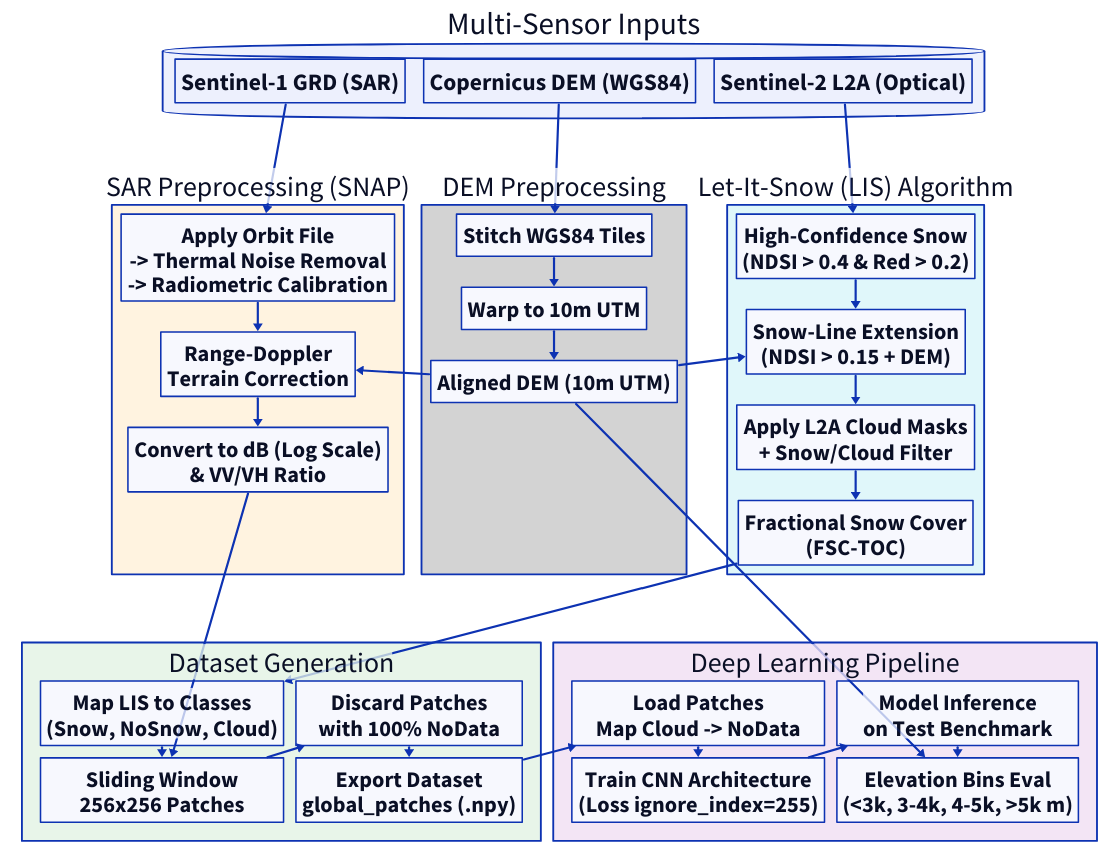
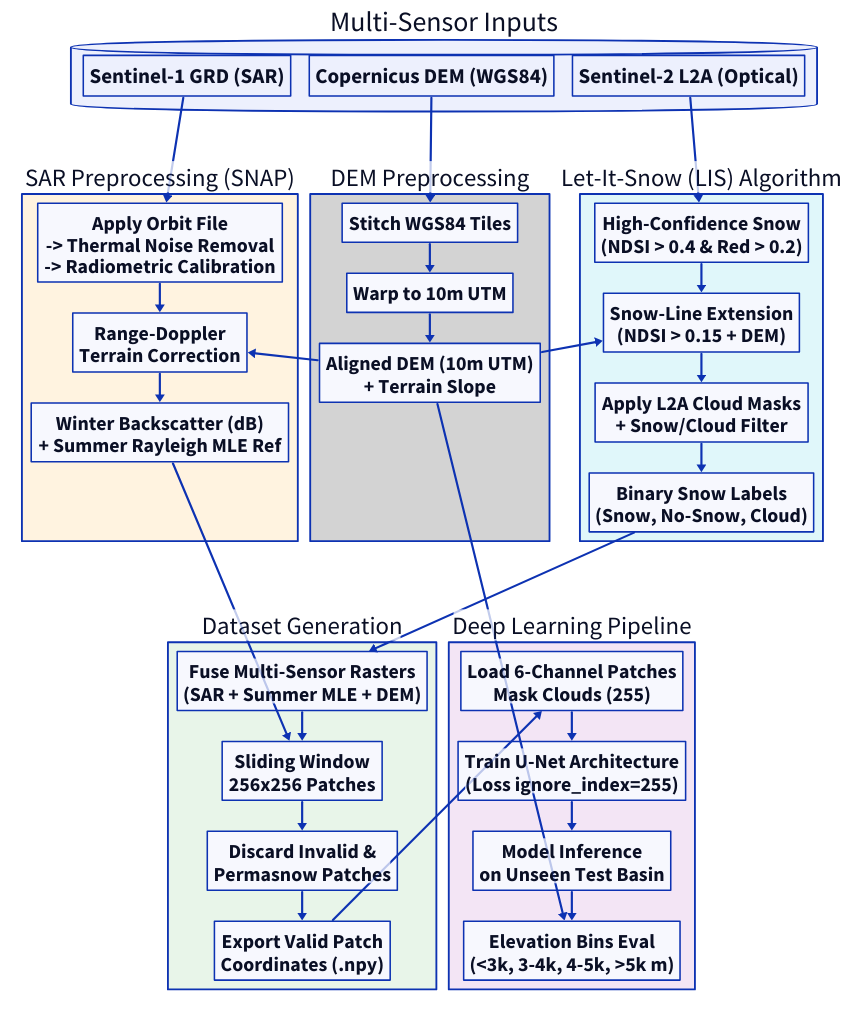
The diagram in poster/figures/Pipeline.d2 (tensor-calculus/Snow-Cover-Estimation), drawn with D2 before and after one commit. The commit also changed 25 other files, not shown here.

```diff
--- a/poster/figures/Pipeline.d2
+++ b/poster/figures/Pipeline.d2
@@ -1,117 +1,115 @@
 direction: down
 
 classes: {
   conn: {
     style.stroke-width: 7
   }
 }
 
 Inputs: "Multi-Sensor Inputs" {
   shape: cylinder
   style.fill: "#edf0fd"
   style.stroke: "#0d32b2"
   style.stroke-width: 6
-  style.font-size: 100
-  *.style.font-size: 76
+  style.font-size: 90
+  *.style.font-size: 68
   *.style.stroke-width: 5
   S1: "Sentinel-1 GRD (SAR)"
   DEM_Raw: "Copernicus DEM (WGS84)"
   S2: "Sentinel-2 L2A (Optical)"
 }
 
 Preprocessing: {
   label: ""
   grid-columns: 3
   style.stroke: transparent
   style.fill: transparent
 
   SAR_Preprocessing_SNAP: "SAR Preprocessing (SNAP)" {
     style.fill: "#fff3e0"
     style.stroke: "#0d32b2"
     style.stroke-width: 6
-    style.font-size: 90
-    *.style.font-size: 72
+    style.font-size: 80
+    *.style.font-size: 64
     *.style.stroke-width: 5
     Pre_Process: "Apply Orbit File\n-> Thermal Noise Removal\n-> Radiometric Calibration"
     Terrain_Correction: "Range-Doppler\nTerrain Correction"
-    DB_Conversion: "Convert to dB (Log Scale)\n& VV/VH Ratio"
+    DB_Conversion: "Winter Backscatter (dB)\n+ Summer Rayleigh MLE Ref"
     Pre_Process -> Terrain_Correction -> DB_Conversion: {class: conn}
   }
 
   DEM_Preprocessing: "DEM Preprocessing" {
     style.fill: "lightgray"
     style.stroke: "#0d32b2"
     style.stroke-width: 6
-    style.font-size: 90
-    *.style.font-size: 72
+    style.font-size: 80
+    *.style.font-size: 64
     *.style.stroke-width: 5
     Mosaic: "Stitch WGS84 Tiles"
     Reproject: "Warp to 10m UTM"
-    Aligned_DEM: "Aligned DEM (10m UTM)"
+    Aligned_DEM: "Aligned DEM (10m UTM)\n+ Terrain Slope"
     Mosaic -> Reproject -> Aligned_DEM: {class: conn}
   }
 
   Let_It_Snow_Algorithm: "Let-It-Snow (LIS) Algorithm" {
     style.fill: "#e0f7fa"
     style.stroke: "#0d32b2"
     style.stroke-width: 6
-    style.font-size: 90
-    *.style.font-size: 72
+    style.font-size: 80
+    *.style.font-size: 64
     *.style.stroke-width: 5
     Pass_1: "High-Confidence Snow\n(NDSI > 0.4 & Red > 0.2)"
     Pass_2: "Snow-Line Extension\n(NDSI > 0.15 + DEM)"
     Cloud_Filter: "Apply L2A Cloud Masks\n+ Snow/Cloud Filter"
-    FSC_TOC: "Fractional Snow Cover\n(FSC-TOC)"
+    FSC_TOC: "Binary Snow Labels\n(Snow, No-Snow, Cloud)"
     Pass_1 -> Pass_2 -> Cloud_Filter -> FSC_TOC: {class: conn}
   }
 }
 
 Downstream: {
   label: ""
   grid-columns: 2
   style.stroke: transparent
   style.fill: transparent
 
   Dataset_Generation: "Dataset Generation" {
-    grid-columns: 2
     style.fill: "#e8f5e9"
     style.stroke: "#0d32b2"
     style.stroke-width: 6
-    style.font-size: 90
-    *.style.font-size: 72
+    style.font-size: 80
+    *.style.font-size: 64
     *.style.stroke-width: 5
-    Binarize: "Map LIS to Classes\n(Snow, NoSnow, Cloud)"
+    Binarize: "Fuse Multi-Sensor Rasters\n(SAR + Summer MLE + DEM)"
     Extract: "Sliding Window\n256x256 Patches"
-    Filter: "Discard Patches\nwith 100% NoData"
-    Save: "Export Dataset\nglobal_patches (.npy)"
+    Filter: "Discard Invalid &\nPermasnow Patches"
+    Save: "Export Valid Patch\nCoordinates (.npy)"
     Binarize -> Extract -> Filter -> Save: {class: conn}
   }
 
   Deep_Learning: "Deep Learning Pipeline" {
-    grid-columns: 2
     style.fill: "#f3e5f5"
     style.stroke: "#0d32b2"
     style.stroke-width: 6
-    style.font-size: 90
-    *.style.font-size: 72
+    style.font-size: 80
+    *.style.font-size: 64
     *.style.stroke-width: 5
-    PyTorch_Dataset: "Load Patches\nMap Cloud -> NoData"
-    Train: "Train CNN Architecture\n(Loss ignore_index=255)"
-    Eval: "Model Inference\non Test Benchmark"
+    PyTorch_Dataset: "Load 6-Channel Patches\nMask Clouds (255)"
+    Train: "Train U-Net Architecture\n(Loss ignore_index=255)"
+    Eval: "Model Inference\non Unseen Test Basin"
     Bins: "Elevation Bins Eval\n(<3k, 3-4k, 4-5k, >5k m)"
     PyTorch_Dataset -> Train -> Eval -> Bins: {class: conn}
   }
 }
 
 Inputs -> Preprocessing: {style.stroke: transparent; style.stroke-width: 0}
 Preprocessing -> Downstream: {style.stroke: transparent; style.stroke-width: 0}
 
 Inputs.DEM_Raw -> Preprocessing.DEM_Preprocessing.Mosaic: {class: conn}
 Inputs.S2 -> Preprocessing.Let_It_Snow_Algorithm.Pass_1: {class: conn}
 Preprocessing.DEM_Preprocessing.Aligned_DEM -> Preprocessing.Let_It_Snow_Algorithm.Pass_2: {class: conn}
 Preprocessing.DEM_Preprocessing.Aligned_DEM -> Preprocessing.SAR_Preprocessing_SNAP.Terrain_Correction: {class: conn}
 Inputs.S1 -> Preprocessing.SAR_Preprocessing_SNAP.Pre_Process: {class: conn}
 Preprocessing.Let_It_Snow_Algorithm.FSC_TOC -> Downstream.Dataset_Generation.Binarize: {class: conn}
 Preprocessing.SAR_Preprocessing_SNAP.DB_Conversion -> Downstream.Dataset_Generation.Extract: {class: conn}
 Downstream.Dataset_Generation.Save -> Downstream.Deep_Learning.PyTorch_Dataset: {class: conn}
 Preprocessing.DEM_Preprocessing.Aligned_DEM -> Downstream.Deep_Learning.Bins: {class: conn}
```
